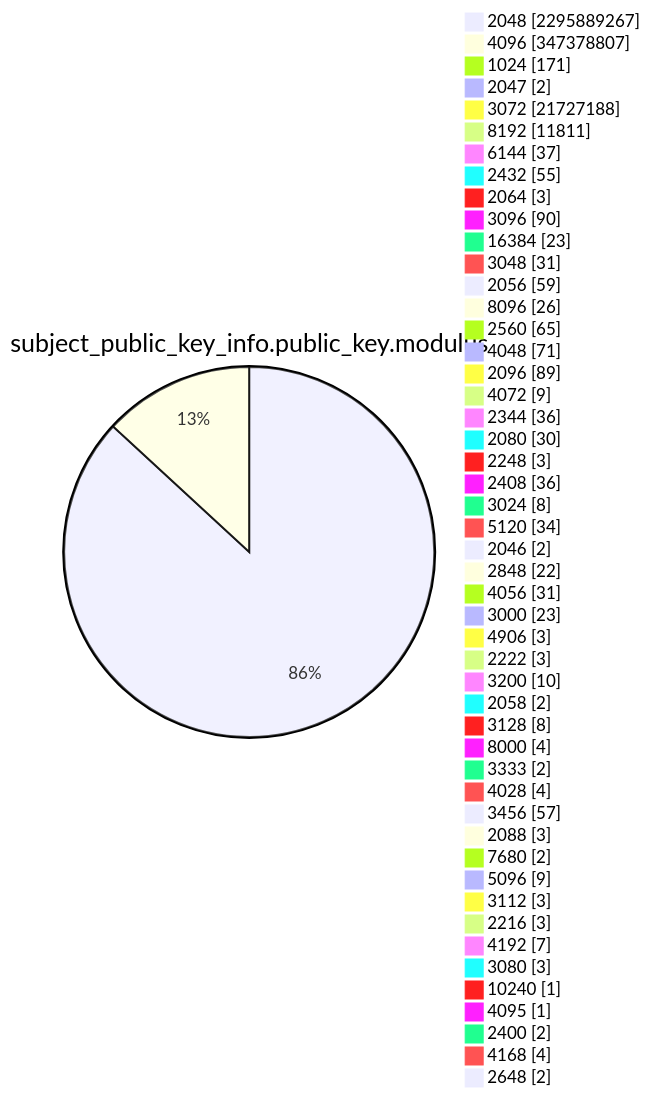
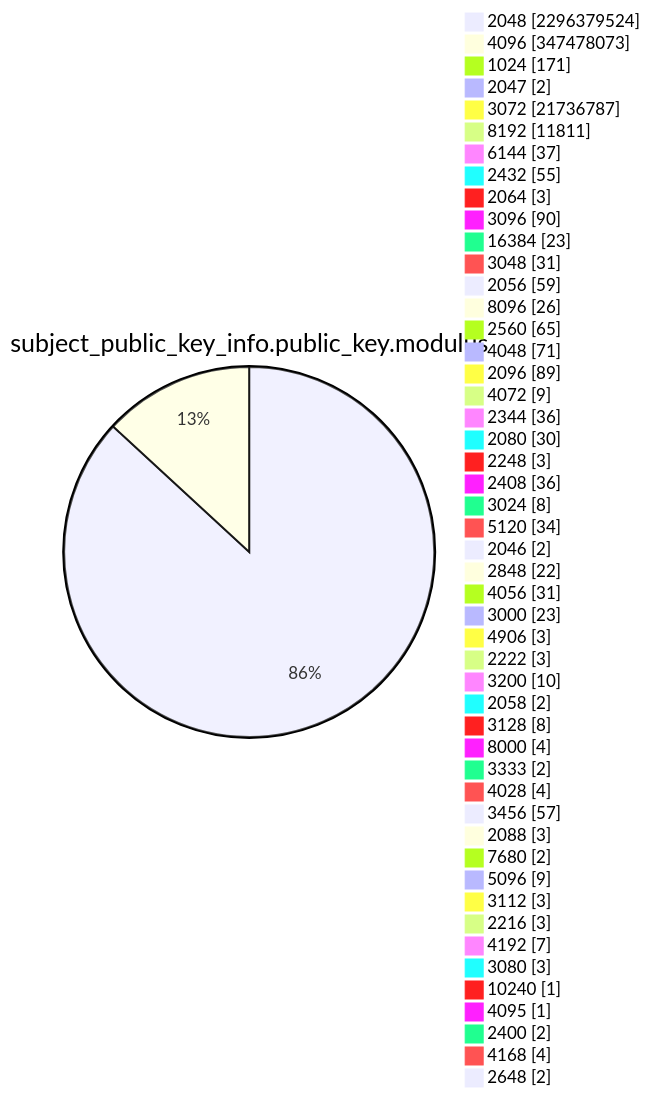
Diagram 13 of 15 in TOTAL/README.md (christiankrug/ctmonitor_visualization), drawn with Mermaid before and after one commit. The commit also changed other lines of this file, not shown here.

````diff
--- a/TOTAL/README.md
+++ b/TOTAL/README.md
@@ -4167,53 +4167,53 @@
 ```mermaid
 pie showData
 title subject_public_key_info.public_key.modulus
-"2048" :2295889267
-"4096" :347378807
+"2048" :2296379524
+"4096" :347478073
 "1024" :171
 "2047" :2
-"3072" :21727188
+"3072" :21736787
 "8192" :11811
 "6144" :37
 "2432" :55
 "2064" :3
 "3096" :90
 "16384" :23
 "3048" :31
 "2056" :59
 "8096" :26
 "2560" :65
 "4048" :71
 "2096" :89
 "4072" :9
 "2344" :36
 "2080" :30
 "2248" :3
 "2408" :36
 "3024" :8
 "5120" :34
 "2046" :2
 "2848" :22
 "4056" :31
 "3000" :23
 "4906" :3
 "2222" :3
 "3200" :10
 "2058" :2
 "3128" :8
 "8000" :4
 "3333" :2
 "4028" :4
 "3456" :57
 "2088" :3
 "7680" :2
 "5096" :9
 "3112" :3
 "2216" :3
 "4192" :7
 "3080" :3
 "10240" :1
 "4095" :1
 "2400" :2
 "4168" :4
 "2648" :2
 ```
````
